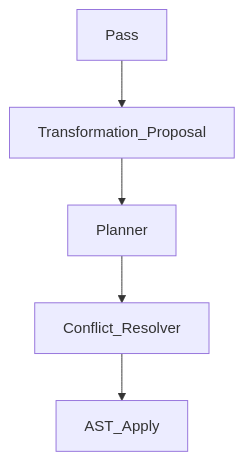
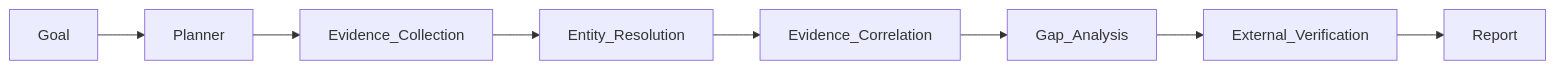
One commit to devweekly/devweekly.github.io changed the diagram in temp/research-agent/v2.md. Above: the diagram before and after it, drawn with Mermaid. The commit also changed other lines of this file and 36 other files, not shown here.

````diff
--- a/temp/research-agent/v2.md
+++ b/temp/research-agent/v2.md
@@ -83,7 +42,12 @@
 ```mermaid
-flowchart TD
-    Pass --> Transformation_Proposal
-    Transformation_Proposal --> Planner
-    Planner --> Conflict_Resolver
-    Conflict_Resolver --> AST_Apply
+flowchart LR
+
+Goal
+--> Planner
+--> Evidence_Collection
+--> Entity_Resolution
+--> Evidence_Correlation
+--> Gap_Analysis
+--> External_Verification
+--> Report
 ```
````
